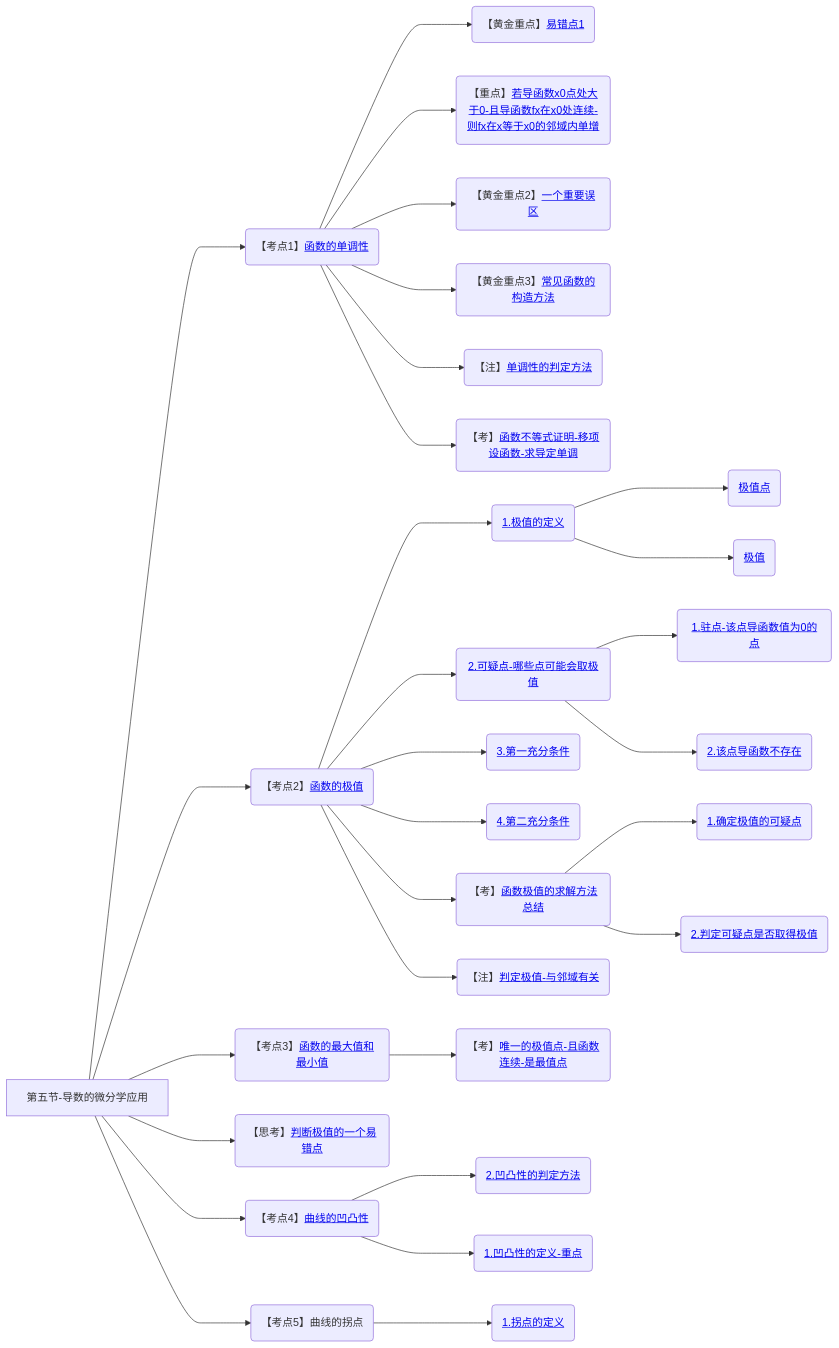
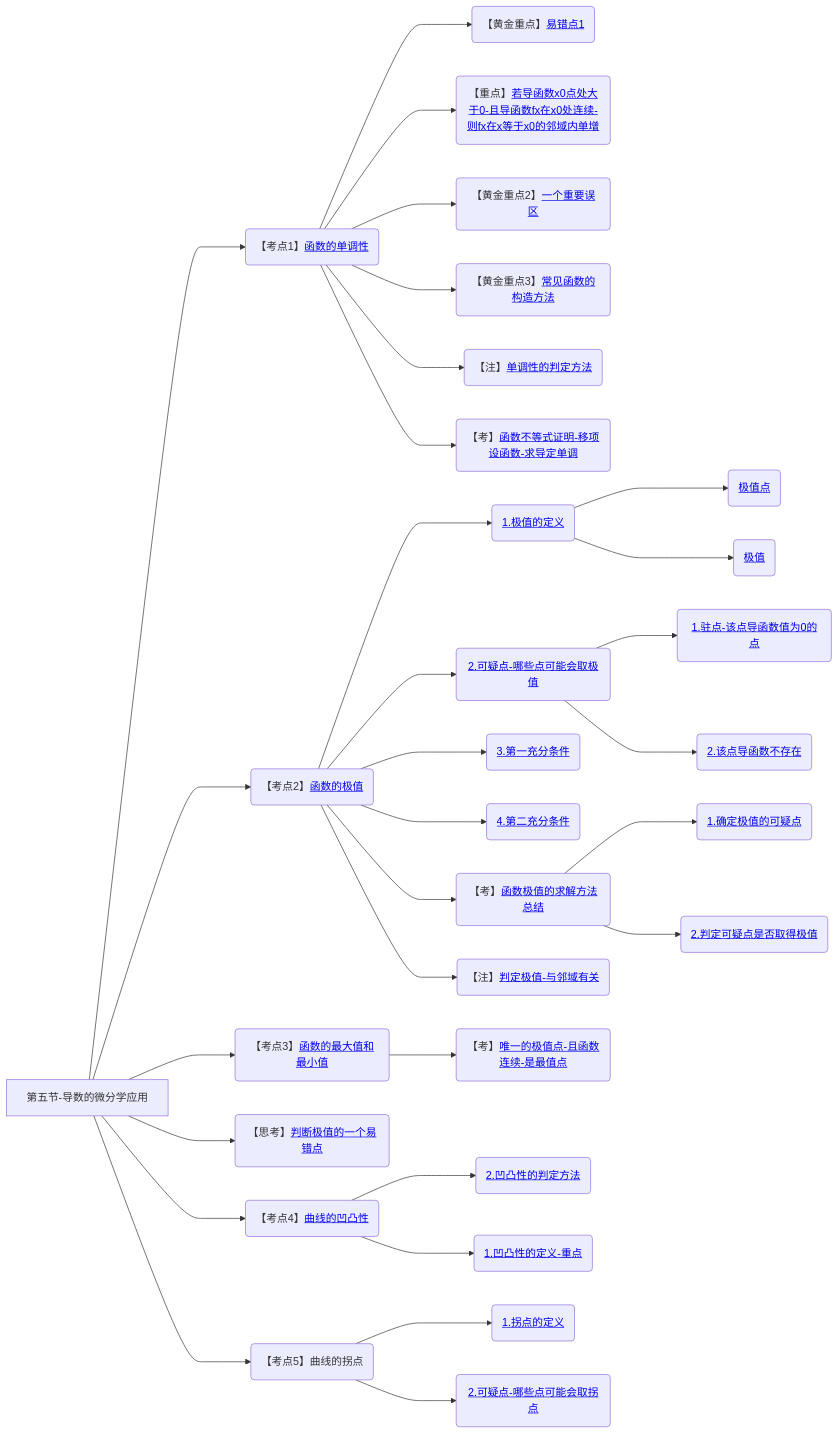
Before and after one commit to yuebinghui/note: diagram 15 of 15 in 笔记/数学/周洋鑫/01.基础班思维导图.md, drawn with Mermaid. The commit also changed 8 other files, not shown here.

````diff
--- a/笔记/数学/周洋鑫/01.基础班思维导图.md
+++ b/笔记/数学/周洋鑫/01.基础班思维导图.md
@@ -530,38 +530,39 @@
 ```mermaid
 graph LR
 第五节-导数的微分学应用
 
 第五节-导数的微分学应用--->函数的单调性(【考点1】<a href="/Users/yuebinghui/Documents/program/github/note/笔记/数学/周洋鑫/基础班/15.导数的微分学应用_1.md#函数的单调性">函数的单调性</>)
 函数的单调性--->易错点1(【黄金重点】<a href="/Users/yuebinghui/Documents/program/github/note/笔记/数学/周洋鑫/基础班/15.导数的微分学应用_1.md#易错点1">易错点1</>)
 函数的单调性--->若导函数x0点处大于0-且导函数fx在x0处连续-则fx在x等于x0的邻域内单增(【重点】<a href="/Users/yuebinghui/Documents/program/github/note/笔记/数学/周洋鑫/基础班/15.导数的微分学应用_1.md#若导函数x0点处大于0-且导函数fx在x0处连续-则fx在x等于x0的邻域内单增">若导函数x0点处大于0-且导函数fx在x0处连续-则fx在x等于x0的邻域内单增</>)
 函数的单调性--->一个重要误区(【黄金重点2】<a href="/Users/yuebinghui/Documents/program/github/note/笔记/数学/周洋鑫/基础班/15.导数的微分学应用_1.md#一个重要误区">一个重要误区</>)
 函数的单调性--->常见函数的构造方法(【黄金重点3】<a href="/Users/yuebinghui/Documents/program/github/note/笔记/数学/周洋鑫/基础班/15.导数的微分学应用_1.md#常见函数的构造方法">常见函数的构造方法</>)
 函数的单调性--->单调性的判定方法(【注】<a href="/Users/yuebinghui/Documents/program/github/note/笔记/数学/周洋鑫/基础班/15.导数的微分学应用_1.md#单调性的判定方法">单调性的判定方法</>)
 函数的单调性--->函数不等式证明-移项设函数-求导定单调(【考】<a href="/Users/yuebinghui/Documents/program/github/note/笔记/数学/周洋鑫/基础班/15.导数的微分学应用_1.md#函数不等式证明-移项设函数-求导定单调">函数不等式证明-移项设函数-求导定单调</>)
 
 第五节-导数的微分学应用--->函数的极值(【考点2】<a href="/Users/yuebinghui/Documents/program/github/note/笔记/数学/周洋鑫/基础班/16.导数的微分学应用_2.md#函数的极值">函数的极值</>)
 函数的极值--->1.极值的定义(<a href="/Users/yuebinghui/Documents/program/github/note/笔记/数学/周洋鑫/基础班/16.导数的微分学应用_2.md#1.极值的定义">1.极值的定义</>)
 1.极值的定义--->极值点(<a href="/Users/yuebinghui/Documents/program/github/note/笔记/数学/周洋鑫/基础班/16.导数的微分学应用_2.md#极值点">极值点</>)
 1.极值的定义--->极值(<a href="/Users/yuebinghui/Documents/program/github/note/笔记/数学/周洋鑫/基础班/16.导数的微分学应用_2.md#极值">极值</>)
 函数的极值--->2.可疑点-哪些点可能会取极值(<a href="/Users/yuebinghui/Documents/program/github/note/笔记/数学/周洋鑫/基础班/16.导数的微分学应用_2.md#2.可疑点-哪些点可能会取极值">2.可疑点-哪些点可能会取极值</>)
 2.可疑点-哪些点可能会取极值--->1.驻点-该点导函数值为0的点(<a href="/Users/yuebinghui/Documents/program/github/note/笔记/数学/周洋鑫/基础班/16.导数的微分学应用_2.md#1.驻点-该点导函数值为0的点">1.驻点-该点导函数值为0的点</>)
 2.可疑点-哪些点可能会取极值--->2.该点导函数不存在(<a href="/Users/yuebinghui/Documents/program/github/note/笔记/数学/周洋鑫/基础班/16.导数的微分学应用_2.md#2.该点导函数不存在">2.该点导函数不存在</>)
 函数的极值--->3.第一充分条件(<a href="/Users/yuebinghui/Documents/program/github/note/笔记/数学/周洋鑫/基础班/16.导数的微分学应用_2.md#3.第一充分条件">3.第一充分条件</>)
 函数的极值--->4.第二充分条件(<a href="/Users/yuebinghui/Documents/program/github/note/笔记/数学/周洋鑫/基础班/16.导数的微分学应用_2.md#4.第二充分条件">4.第二充分条件</>)
 函数的极值--->函数极值的求解方法总结(【考】<a href="/Users/yuebinghui/Documents/program/github/note/笔记/数学/周洋鑫/基础班/16.导数的微分学应用_2.md#函数极值的求解方法总结">函数极值的求解方法总结</>)
 函数极值的求解方法总结--->1.确定极值的可疑点(<a href="/Users/yuebinghui/Documents/program/github/note/笔记/数学/周洋鑫/基础班/16.导数的微分学应用_2.md#1.确定极值的可疑点">1.确定极值的可疑点</>)
 函数极值的求解方法总结--->2.判定可疑点是否取得极值(<a href="/Users/yuebinghui/Documents/program/github/note/笔记/数学/周洋鑫/基础班/16.导数的微分学应用_2.md#2.判定可疑点是否取得极值">2.判定可疑点是否取得极值</>)
 函数的极值--->判定极值-与邻域有关(【注】<a href="/Users/yuebinghui/Documents/program/github/note/笔记/数学/周洋鑫/基础班/16.导数的微分学应用_2.md#判定极值-与邻域有关">判定极值-与邻域有关</>)
 
 第五节-导数的微分学应用--->函数的最大值和最小值(【考点3】<a href="/Users/yuebinghui/Documents/program/github/note/笔记/数学/周洋鑫/基础班/16.导数的微分学应用_2.md#函数的最大值和最小值">函数的最大值和最小值</>)
 函数的最大值和最小值--->唯一的极值点-且函数连续-是最值点(【考】<a href="/Users/yuebinghui/Documents/program/github/note/笔记/数学/周洋鑫/基础班/16.导数的微分学应用_2.md#唯一的极值点-且函数连续-是最值点">唯一的极值点-且函数连续-是最值点</>)
 
 第五节-导数的微分学应用--->一个易错点(【思考】<a href="/Users/yuebinghui/Documents/program/github/note/笔记/数学/周洋鑫/基础班/17.导数的微分学应用_3.md#一个易错点">判断极值的一个易错点</>)
 
 第五节-导数的微分学应用--->曲线的凹凸性(【考点4】<a href="/Users/yuebinghui/Documents/program/github/note/笔记/数学/周洋鑫/基础班/17.导数的微分学应用_3.md#曲线的凹凸性">曲线的凹凸性</>)
 曲线的凹凸性--->2.凹凸性的判定方法(<a href="/Users/yuebinghui/Documents/program/github/note/笔记/数学/周洋鑫/基础班/17.导数的微分学应用_3.md#2.凹凸性的判定方法">2.凹凸性的判定方法</>)
 曲线的凹凸性--->1.凹凸性的定义-重点(<a href="/Users/yuebinghui/Documents/program/github/note/笔记/数学/周洋鑫/基础班/17.导数的微分学应用_3.md#1.凹凸性的定义-重点">1.凹凸性的定义-重点</>)
 
 第五节-导数的微分学应用--->曲线的拐点(【考点5】曲线的拐点)
 曲线的拐点--->1.拐点的定义(<a href="/Users/yuebinghui/Documents/program/github/note/笔记/数学/周洋鑫/基础班/17.导数的微分学应用_3.md#1.拐点的定义">1.拐点的定义</>)
+曲线的拐点--->2.可疑点-哪些点可能会取拐点(<a href="/Users/yuebinghui/Documents/program/github/note/笔记/数学/周洋鑫/基础班/17.导数的微分学应用_3.md#2.可疑点-哪些点可能会取拐点">2.可疑点-哪些点可能会取拐点</>)
 ```
````
